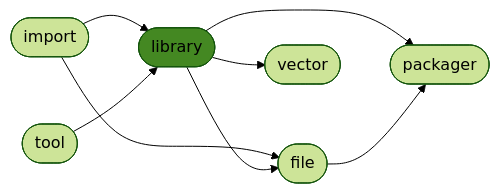
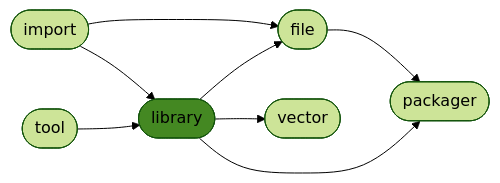
The diagram in README.md (ManderaGeneral/generallibrary), drawn with Mermaid (forest theme) before and after one commit. The commit also changed other lines of this file, not shown here.

````diff
--- a/README.md
+++ b/README.md
@@ -24,17 +24,17 @@
 ```mermaid
 flowchart LR
 0([import]) --> 3([file])
-2([library]) --> 5([packager])
-0([import]) --> 2([library])
+3([file]) --> 5([packager])
 2([library]) --> 4([vector])
 2([library]) --> 3([file])
-3([file]) --> 5([packager])
+0([import]) --> 2([library])
 1([tool]) --> 2([library])
+2([library]) --> 5([packager])
 click 0 "https://github.com/ManderaGeneral/generalimport"
 click 1 "https://github.com/ManderaGeneral/generaltool"
 click 2 "https://github.com/ManderaGeneral/generallibrary"
 click 3 "https://github.com/ManderaGeneral/generalfile"
 click 4 "https://github.com/ManderaGeneral/generalvector"
 click 5 "https://github.com/ManderaGeneral/generalpackager"
 style 2 fill:#482
 ```
````
